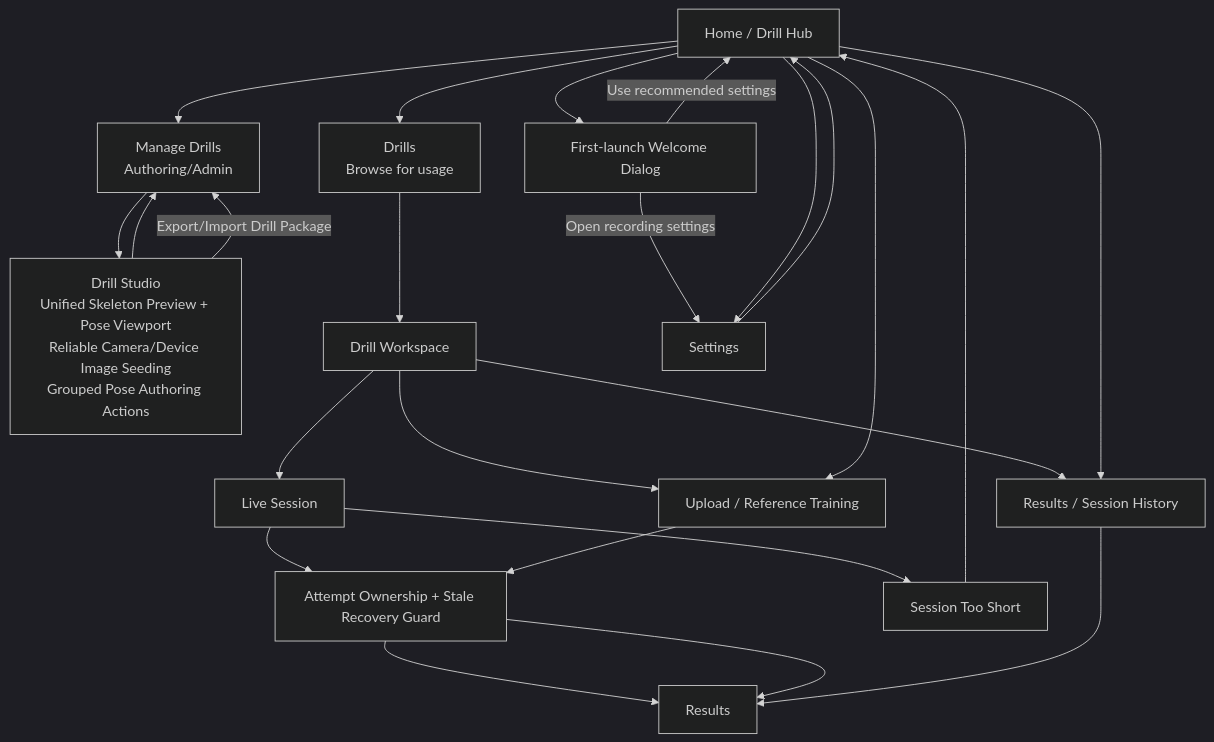
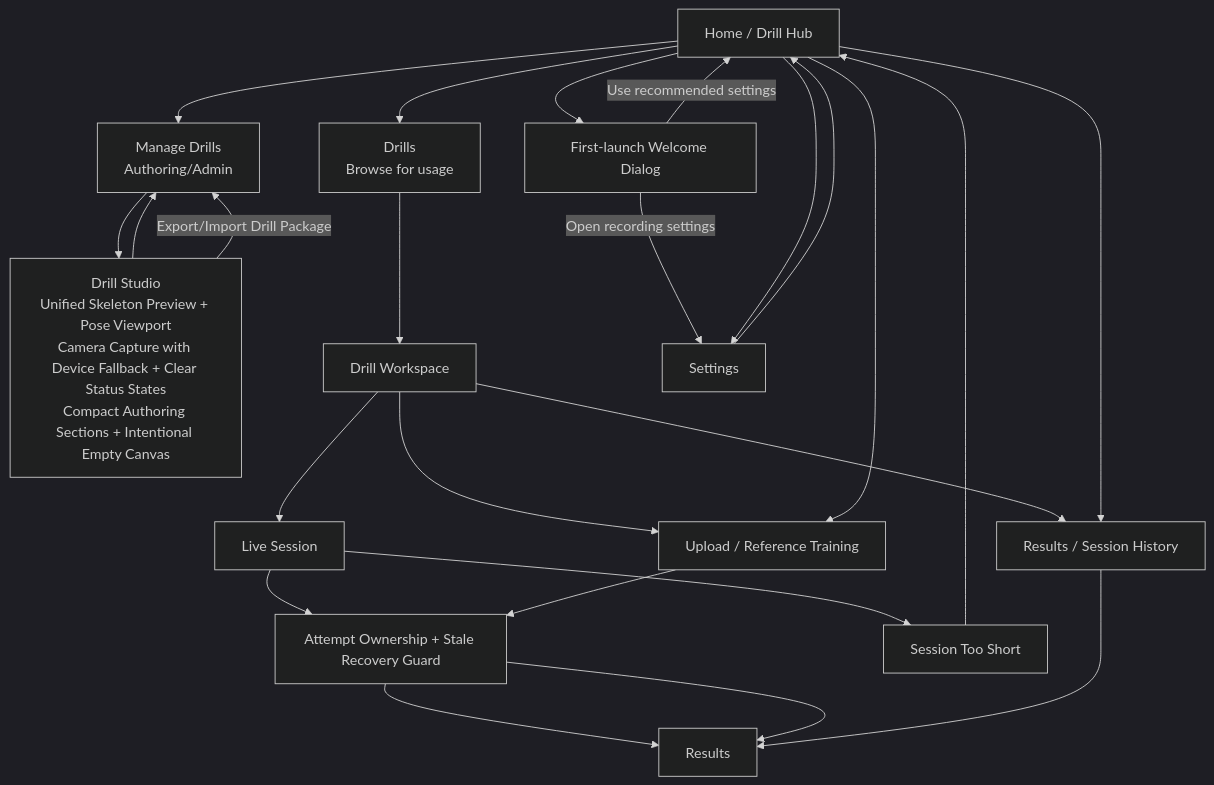
The diagram in docs/diagrams/ui-flow.md (Voycepeh/Handstand-App), drawn with Mermaid (dark theme) before and after one commit. The commit also changed 4 other files, not shown here.

Commit message:
Fix Drill Studio media import/camera flow and image-space alignment

````diff
--- a/docs/diagrams/ui-flow.md
+++ b/docs/diagrams/ui-flow.md
@@ -3,38 +3,38 @@
 ```mermaid
 flowchart TD
     HOME[Home / Drill Hub]
     WELCOME[First-launch Welcome Dialog]
     DRILLS[Drills\nBrowse for usage]
     LIVE[Live Session]
     OWNERSHIP[Attempt Ownership + Stale Recovery Guard]
     SHORT[Session Too Short]
     RESULTS[Results]
     HISTORY[Results / Session History]
 
     MANAGE[Manage Drills\nAuthoring/Admin]
-    STUDIO[Drill Studio\nUnified Skeleton Preview + Pose Viewport\nReliable Camera/Device Image Seeding\nGrouped Pose Authoring Actions]
+    STUDIO[Drill Studio\nUnified Skeleton Preview + Pose Viewport\nCamera Capture with Device Fallback + Clear Status States\nCompact Authoring Sections + Intentional Empty Canvas]
     WORKSPACE[Drill Workspace]
 
     UPLOAD[Upload / Reference Training]
     SETTINGS[Settings]
 
     HOME --> WELCOME
     WELCOME -->|Use recommended settings| HOME
     WELCOME -->|Open recording settings| SETTINGS
 
     HOME --> DRILLS --> WORKSPACE
     WORKSPACE --> LIVE
     LIVE --> OWNERSHIP --> RESULTS
     LIVE --> SHORT --> HOME
 
     HOME --> MANAGE --> STUDIO --> MANAGE
     STUDIO -->|Export/Import Drill Package| MANAGE
     WORKSPACE --> UPLOAD
     WORKSPACE --> HISTORY
 
     HOME --> UPLOAD --> OWNERSHIP --> RESULTS
     HOME --> HISTORY
     HISTORY --> RESULTS
 
     HOME --> SETTINGS --> HOME
 ```
````
